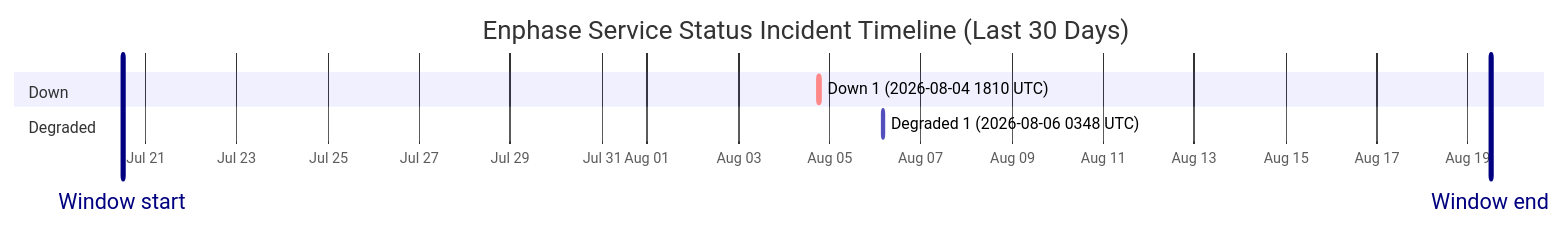
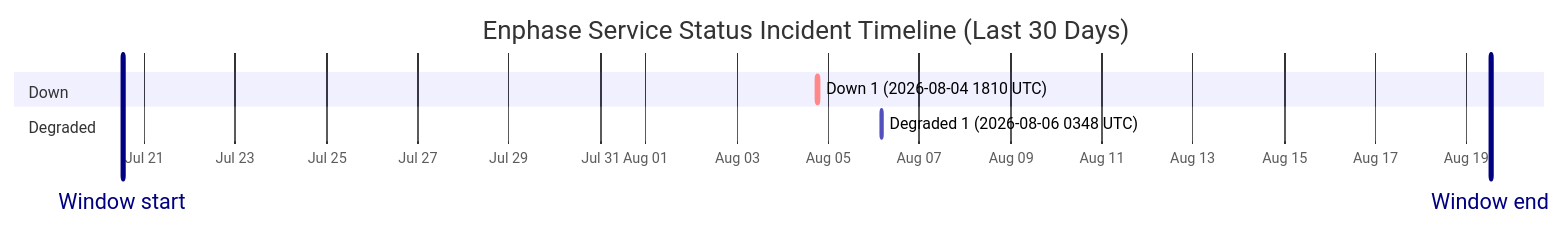
Before and after one commit to barneyonline/ha-enphase-energy: the diagram in wiki/Service-Status-History.md, drawn with Mermaid. The commit also changed other lines of this file and 3 other files, not shown here.

````diff
--- a/wiki/Service-Status-History.md
+++ b/wiki/Service-Status-History.md
@@ -14,12 +14,12 @@
 ```mermaid
 gantt
     title Enphase Service Status Incident Timeline (Last 30 Days)
     dateFormat  YYYY-MM-DDTHH:mm:ss
     axisFormat  %b %d
-    Window start :vert, window-start, 2026-07-20T11:50:05, 0ms
-    Window end :vert, window-end, 2026-08-19T11:50:05, 0ms
+    Window start :vert, window-start, 2026-07-20T12:41:48, 0ms
+    Window end :vert, window-end, 2026-08-19T12:41:48, 0ms
     section Down
     Down 1 (2026-08-04 1810 UTC) :crit, down-1, 2026-08-04T18:10:46, 60m
     section Degraded
     Degraded 1 (2026-08-06 0348 UTC) :active, degraded-1, 2026-08-06T03:48:14, 60m
 ```
````
